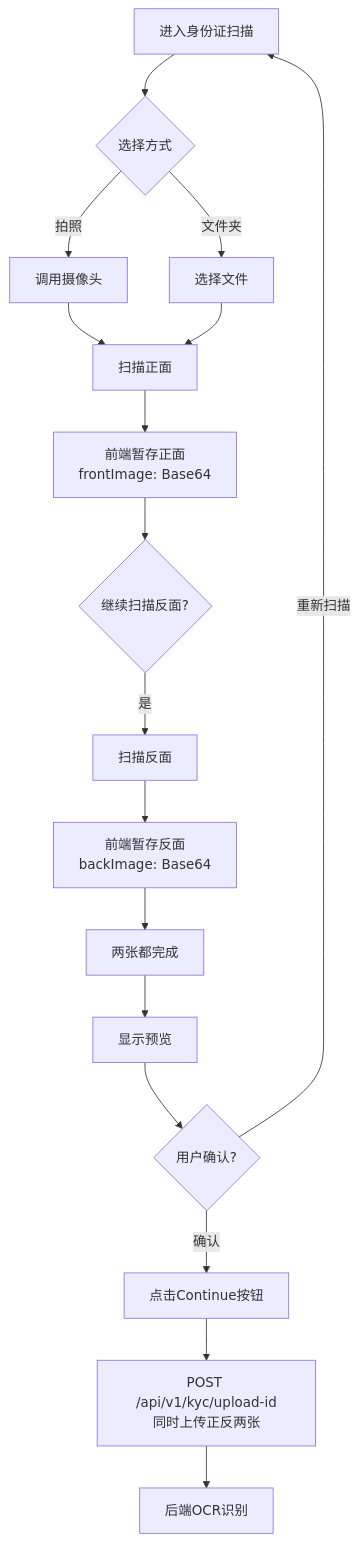
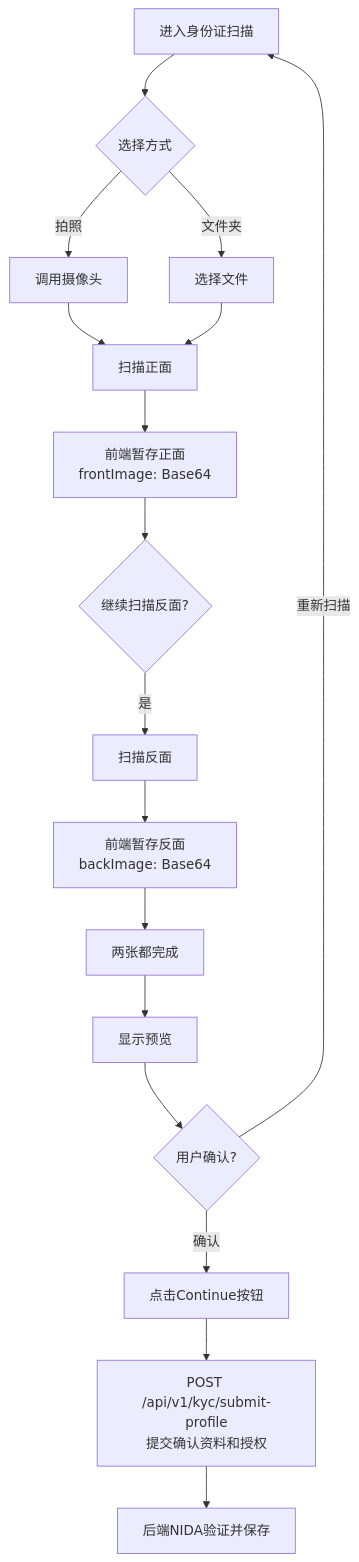
The third of 20 diagrams in modules/module_kyc_analysis.md (OneTicApp/system-design-docs), drawn with Mermaid before and after one commit. The commit also changed other lines of this file and 4 other files, not shown here.

````diff
--- a/modules/module_kyc_analysis.md
+++ b/modules/module_kyc_analysis.md
@@ -316,25 +316,25 @@
 ```mermaid
 flowchart TD
     A[进入身份证扫描] --> B{选择方式}
     B -->|拍照| C[调用摄像头]
     B -->|文件夹| D[选择文件]
 
     C --> E[扫描正面]
     D --> E
 
     E --> F[前端暂存正面<br/>frontImage: Base64]
     F --> G{继续扫描反面?}
 
     G -->|是| H[扫描反面]
     H --> I[前端暂存反面<br/>backImage: Base64]
 
     I --> J[两张都完成]
     J --> K[显示预览]
 
     K --> L{用户确认?}
     L -->|重新扫描| A
     L -->|确认| M[点击Continue按钮]
 
-    M --> N[POST /api/v1/kyc/upload-id<br/>同时上传正反两张]
-    N --> O[后端OCR识别]
+    M --> N[POST /api/v1/kyc/submit-profile<br/>提交确认资料和授权]
+    N --> O[后端NIDA验证并保存]
 ```
````
